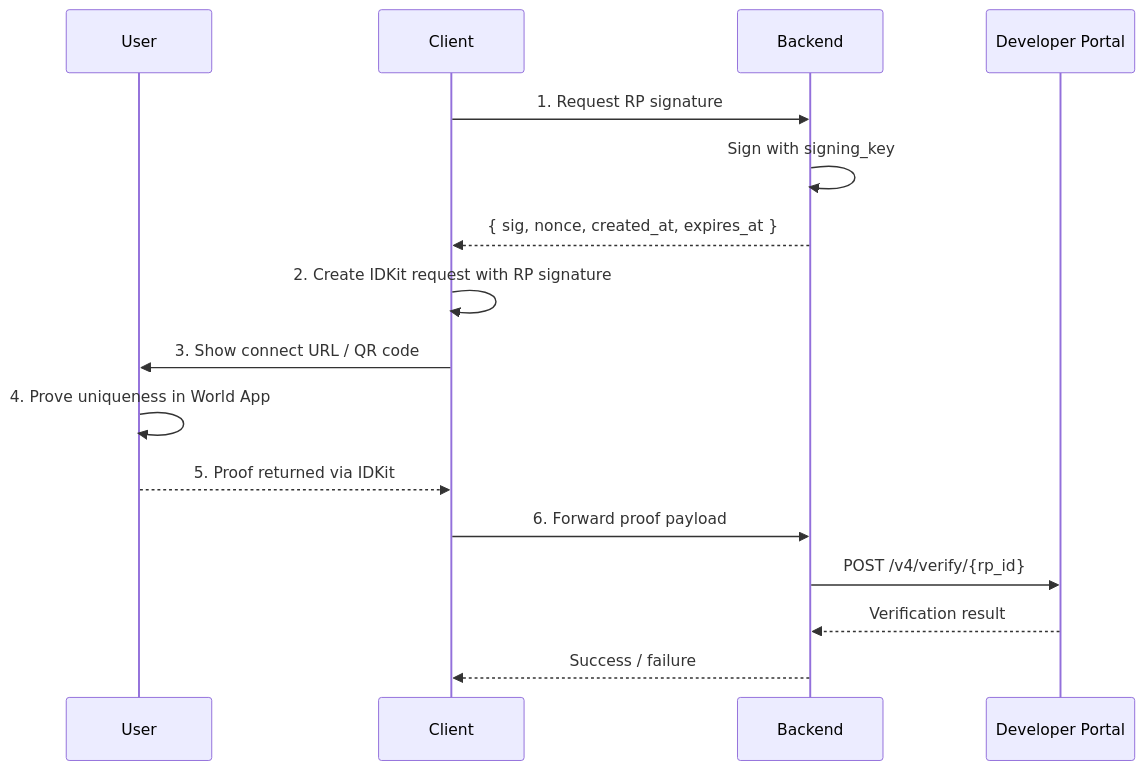
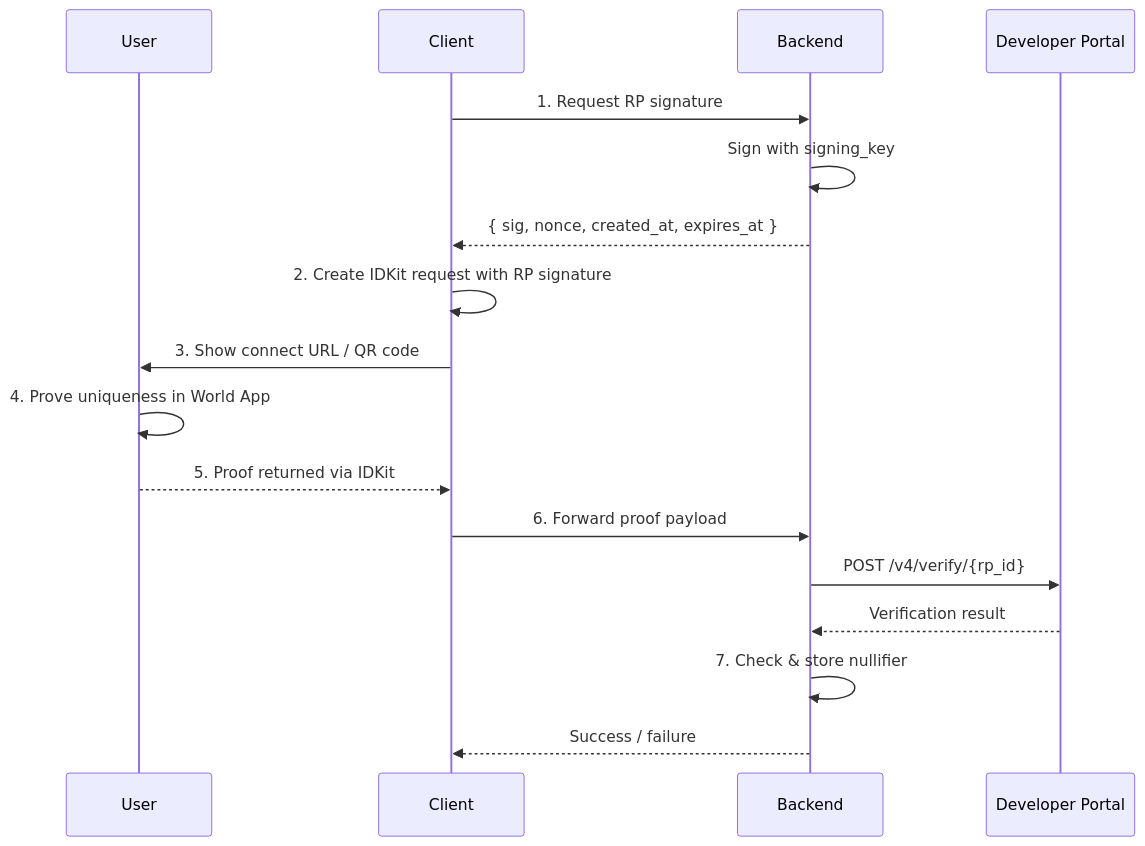
One commit to worldcoin/developer-docs changed the diagram in world-id/idkit/integrate.mdx. Above: the diagram before and after it, drawn with Mermaid. The commit also changed other lines of this file and 8 other files, not shown here.

````diff
--- a/world-id/idkit/integrate.mdx
+++ b/world-id/idkit/integrate.mdx
@@ -311,22 +345,23 @@
 ```mermaid
 sequenceDiagram
     participant User
     participant Client
     participant Backend
     participant Portal as Developer Portal
 
     Client->>Backend: 1. Request RP signature
     Backend->>Backend: Sign with signing_key
     Backend-->>Client: { sig, nonce, created_at, expires_at }
 
     Client->>Client: 2. Create IDKit request with RP signature
     Client->>User: 3. Show connect URL / QR code
     User->>User: 4. Prove uniqueness in World App
 
     User-->>Client: 5. Proof returned via IDKit
 
     Client->>Backend: 6. Forward proof payload
     Backend->>Portal: POST /v4/verify/{rp_id}
     Portal-->>Backend: Verification result
+    Backend->>Backend: 7. Check & store nullifier
     Backend-->>Client: Success / failure
 ```
````
